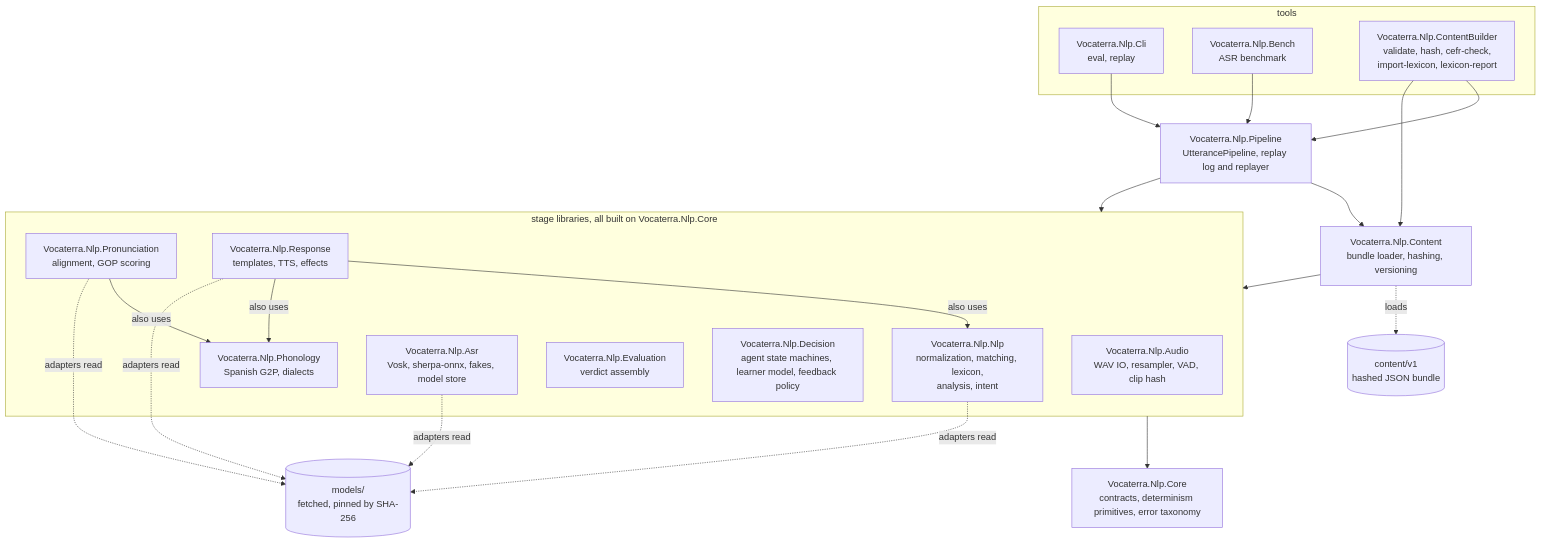
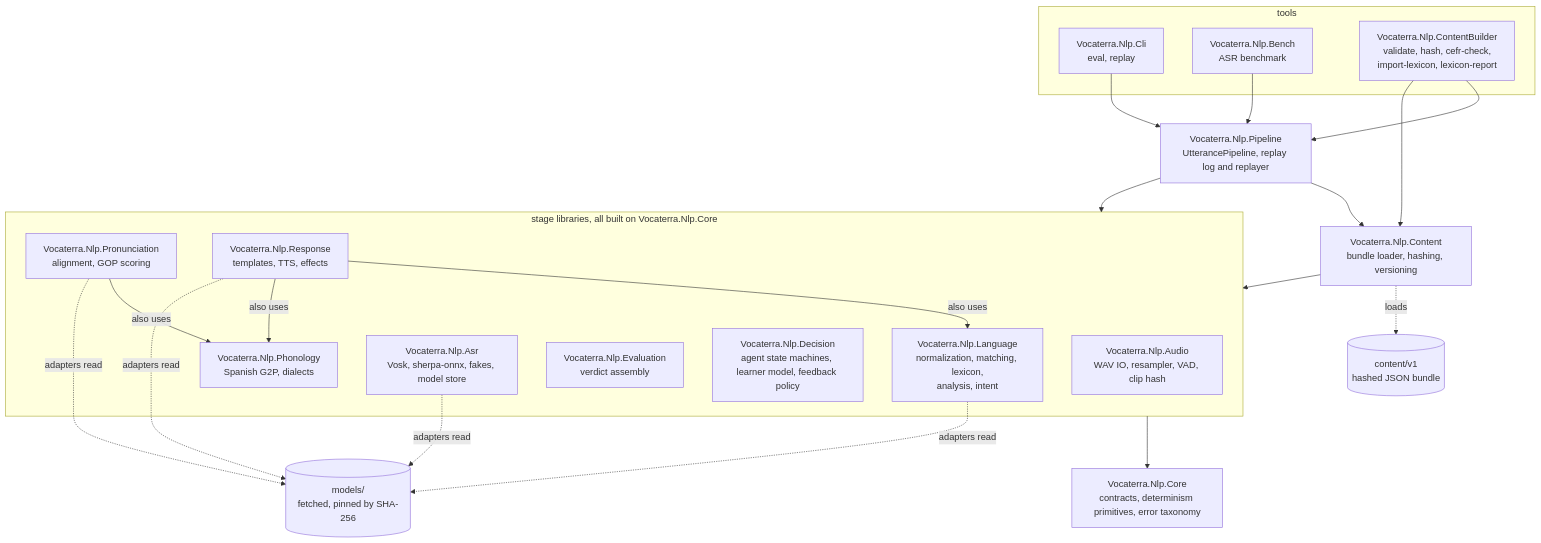
The diagram in nlp/README.md (james-d12/Vocaterra), drawn with Mermaid before and after one commit. The commit also changed other lines of this file and 251 other files, not shown here.

````diff
--- a/nlp/README.md
+++ b/nlp/README.md
@@ -19,40 +19,40 @@
 ```mermaid
 flowchart TD
     subgraph TOOLS[tools]
         CLI[Vocaterra.Nlp.Cli<br/>eval, replay]
         BENCH[Vocaterra.Nlp.Bench<br/>ASR benchmark]
         BUILDER[Vocaterra.Nlp.ContentBuilder<br/>validate, hash, cefr-check,<br/>import-lexicon, lexicon-report]
     end
     PIPE[Vocaterra.Nlp.Pipeline<br/>UtterancePipeline, replay log and replayer]
     CONTENT[Vocaterra.Nlp.Content<br/>bundle loader, hashing, versioning]
     subgraph STAGES[stage libraries, all built on Vocaterra.Nlp.Core]
         AUDIO[Vocaterra.Nlp.Audio<br/>WAV IO, resampler, VAD, clip hash]
         PHON[Vocaterra.Nlp.Phonology<br/>Spanish G2P, dialects]
-        NLP[Vocaterra.Nlp.Nlp<br/>normalization, matching, lexicon,<br/>analysis, intent]
+        NLP[Vocaterra.Nlp.Language<br/>normalization, matching, lexicon,<br/>analysis, intent]
         PRON[Vocaterra.Nlp.Pronunciation<br/>alignment, GOP scoring]
         ASR[Vocaterra.Nlp.Asr<br/>Vosk, sherpa-onnx, fakes, model store]
         EVAL[Vocaterra.Nlp.Evaluation<br/>verdict assembly]
         DEC[Vocaterra.Nlp.Decision<br/>agent state machines, learner model, feedback policy]
         RESP[Vocaterra.Nlp.Response<br/>templates, TTS, effects]
     end
     CORE[Vocaterra.Nlp.Core<br/>contracts, determinism primitives, error taxonomy]
     BUNDLE[(content/v1<br/>hashed JSON bundle)]
     MODELS[(models/<br/>fetched, pinned by SHA-256)]
 
     CLI --> PIPE
     BENCH --> PIPE
     BUILDER --> PIPE
     BUILDER --> CONTENT
     PIPE --> CONTENT
     PIPE --> STAGES
     CONTENT --> STAGES
     STAGES --> CORE
     PRON -->|also uses| PHON
     RESP -->|also uses| NLP
     RESP -->|also uses| PHON
     CONTENT -.->|loads| BUNDLE
     ASR -.->|adapters read| MODELS
     PRON -.->|adapters read| MODELS
     NLP -.->|adapters read| MODELS
     RESP -.->|adapters read| MODELS
 ```
````
